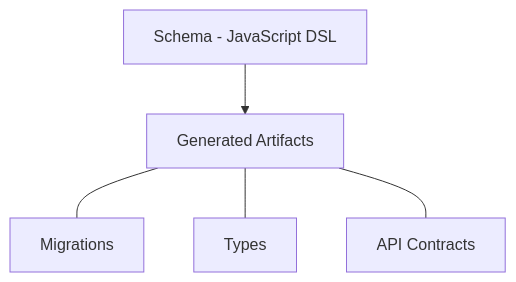
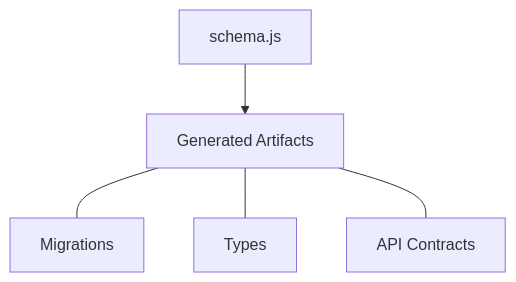
Before and after one commit to hlop3z/astroladb: the diagram in README.md, drawn with Mermaid. The commit also changed other lines of this file and 2 other files, not shown here.

````diff
--- a/README.md
+++ b/README.md
@@ -39,8 +45,8 @@
 ```mermaid
 flowchart TD
-    A[Schema - JavaScript DSL] --> B[Generated Artifacts]
+    A[schema.js] --> B[Generated Artifacts]
 
     B --- D[Migrations]
     B --- E[Types]
     B --- F[API Contracts]
 ```
````
